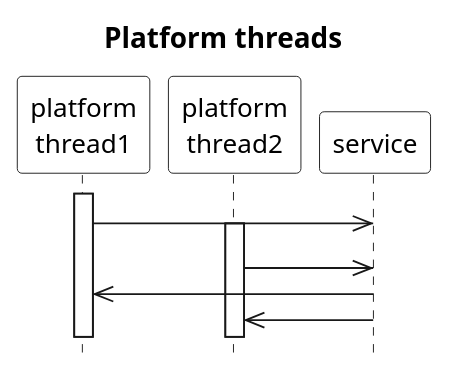
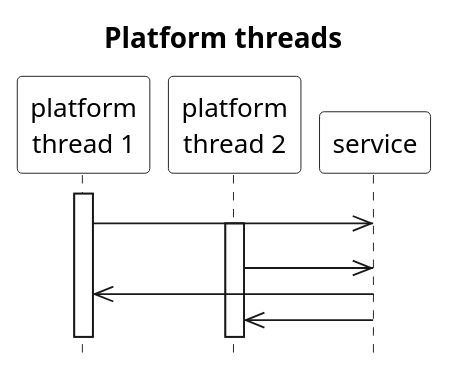
The diagram in images/platform_threads.puml (ti-cortex-m4/demo-java-virtual-threads2), drawn with PlantUML before and after one commit. The commit also changed 3 other files, not shown here.

```diff
--- a/images/platform_threads.puml
+++ b/images/platform_threads.puml
@@ -1,28 +1,28 @@
 @startuml
 
 title Platform threads
 
 scale 1.1
 hide footbox
 skinparam monochrome true
 skinparam defaultFontName Source Sans Pro
 skinparam titleFontSize 15
 skinparam sequenceMessageAlign left
 skinparam participantBackgroundColor #white
 skinparam noteBackgroundColor #white
 skinparam sequenceGroupBackgroundColor #white
 
-participant "platform\nthread1" as PlatformThread1
-participant "platform\nthread2" as PlatformThread2
+participant "platform\nthread 1" as PlatformThread1
+participant "platform\nthread 2" as PlatformThread2
 participant "service" as Service
 
 ||10||
 activate PlatformThread1
 PlatformThread1->>Service
 ||10||
 activate PlatformThread2
 PlatformThread2->>Service
 Service->>PlatformThread1
 Service->>PlatformThread2
 
 @enduml
```
